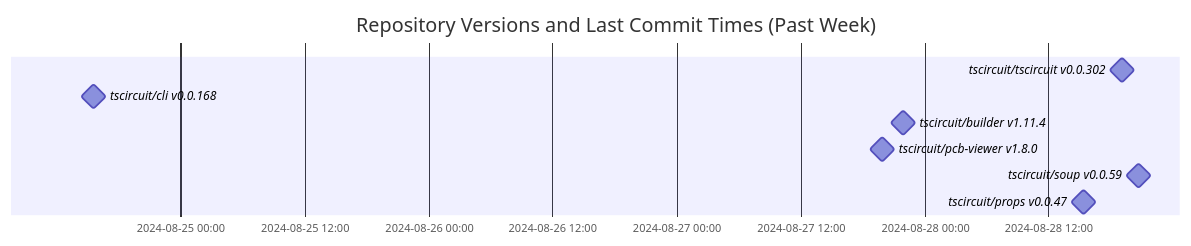
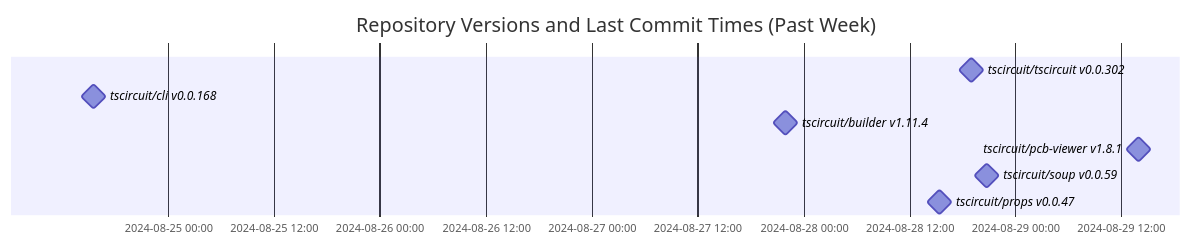
The diagram in README.md (tscircuit/version-tracker), drawn with Mermaid before and after one commit.

Commit message:
Update chart

````diff
--- a/README.md
+++ b/README.md
@@ -1,13 +1,13 @@
 ```mermaid
 gantt
   dateFormat  YYYY-MM-DD HH:mm:ss
   title Repository Versions and Last Commit Times (Past Week)
   axisFormat %Y-%m-%d %H:%M
 
   tscircuit/tscircuit v0.0.302 : milestone, 2024-08-28 19:03:51, 1s
   tscircuit/cli v0.0.168 : milestone, 2024-08-24 15:32:19, 1s
   tscircuit/builder v1.11.4 : milestone, 2024-08-27 21:56:45, 1s
-  tscircuit/pcb-viewer v1.8.0 : milestone, 2024-08-27 19:53:15, 1s
+  tscircuit/pcb-viewer v1.8.1 : milestone, 2024-08-29 13:56:55, 1s
   tscircuit/soup v0.0.59 : milestone, 2024-08-28 20:42:30, 1s
   tscircuit/props v0.0.47 : milestone, 2024-08-28 15:22:20, 1s
 ```
````
